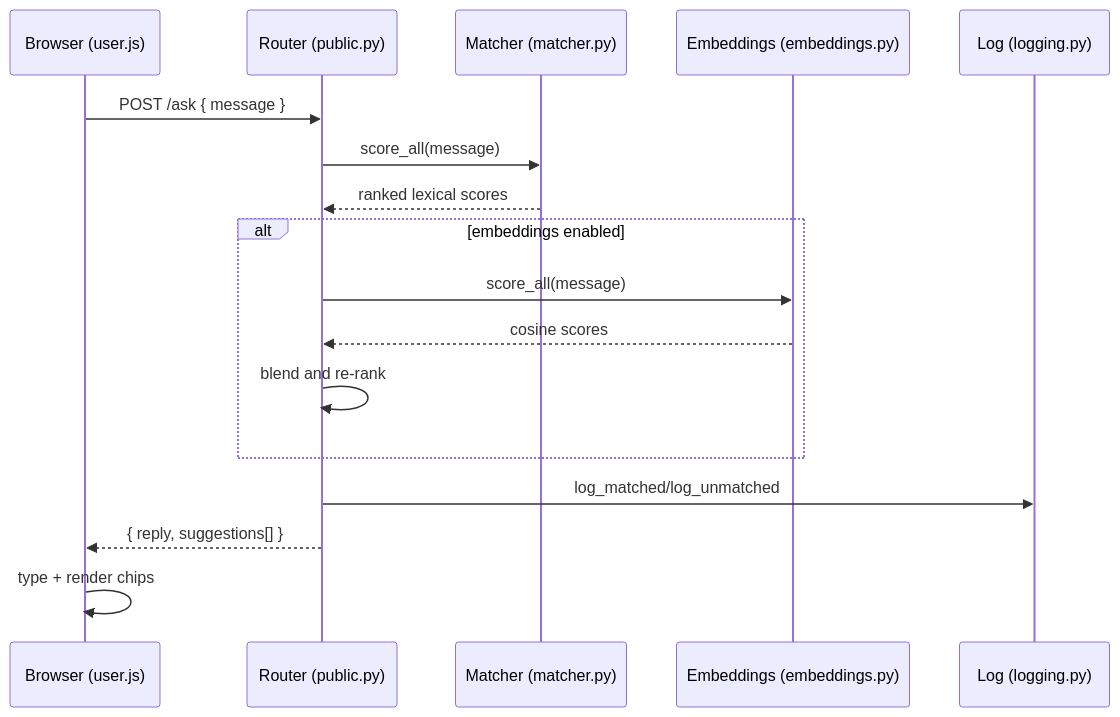
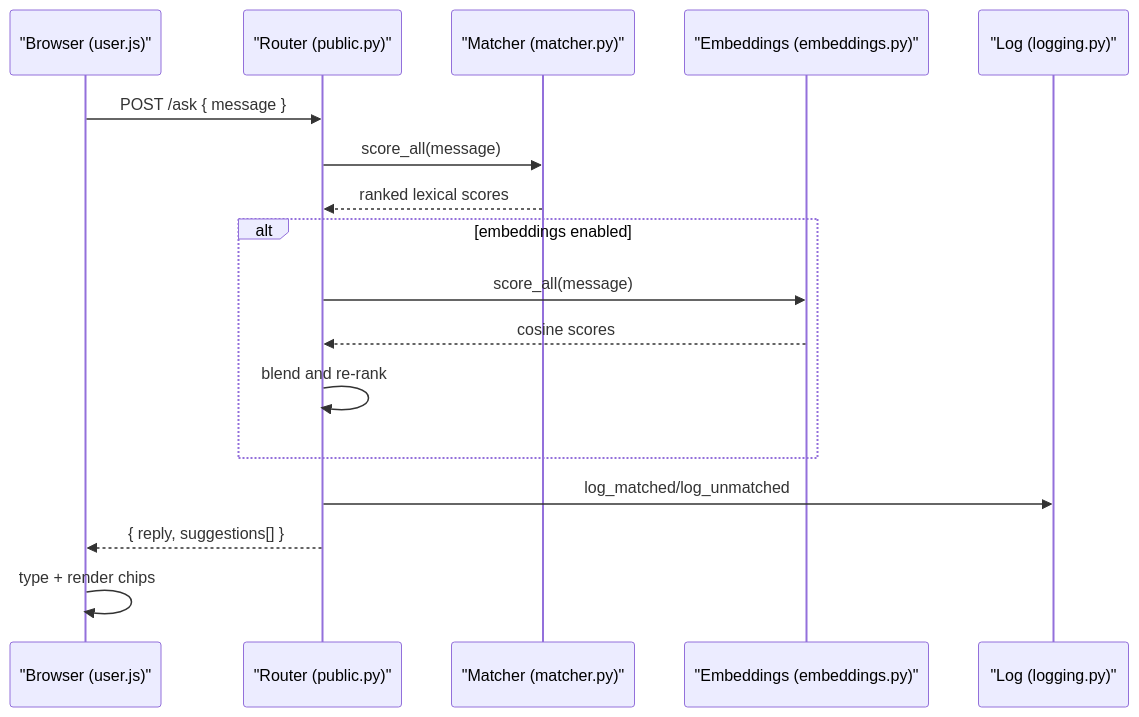
Before and after one commit to m-saurabh01/hal-sarathi: the second of 3 diagrams in DEV.md, drawn with Mermaid. The commit also changed other lines of this file, not shown here.

````diff
--- a/DEV.md
+++ b/DEV.md
@@ -54,20 +54,20 @@
 ```mermaid
 sequenceDiagram
-  participant B as Browser (user.js)
-  participant P as Router (public.py)
-  participant M as Matcher (matcher.py)
-  participant E as Embeddings (embeddings.py)
-  participant L as Log (logging.py)
+  participant B as "Browser (user.js)"
+  participant P as "Router (public.py)"
+  participant M as "Matcher (matcher.py)"
+  participant E as "Embeddings (embeddings.py)"
+  participant L as "Log (logging.py)"
 
   B->>P: POST /ask { message }
   P->>M: score_all(message)
   M-->>P: ranked lexical scores
   alt embeddings enabled
     P->>E: score_all(message)
     E-->>P: cosine scores
     P->>P: blend and re-rank
   end
   P->>L: log_matched/log_unmatched
   P-->>B: { reply, suggestions[] }
   B->>B: type + render chips
 ```
````
